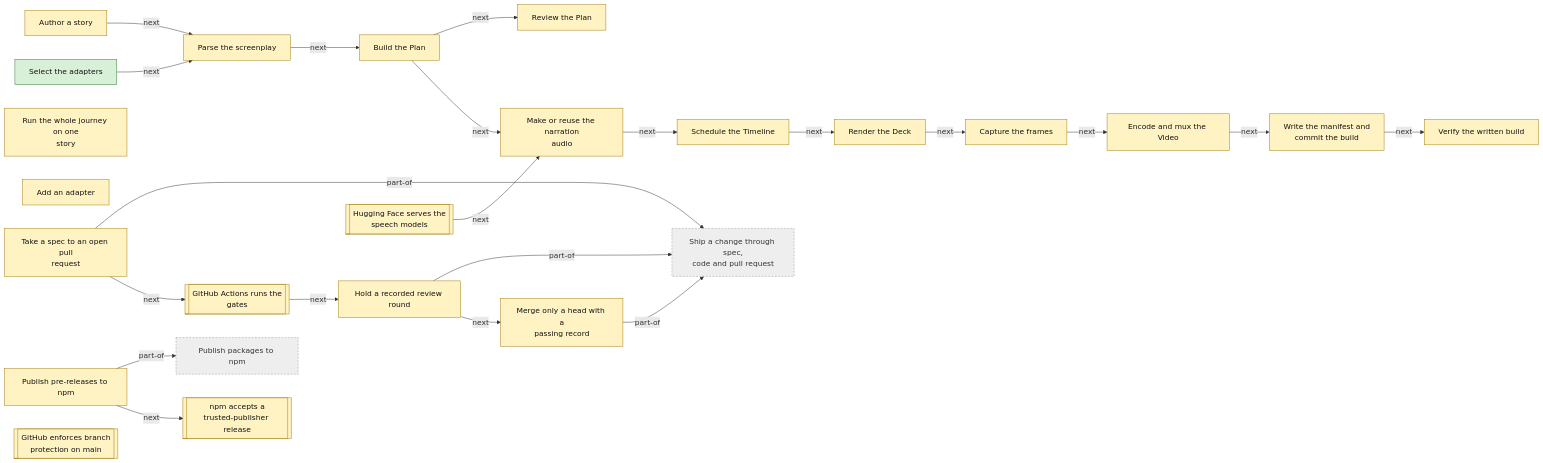
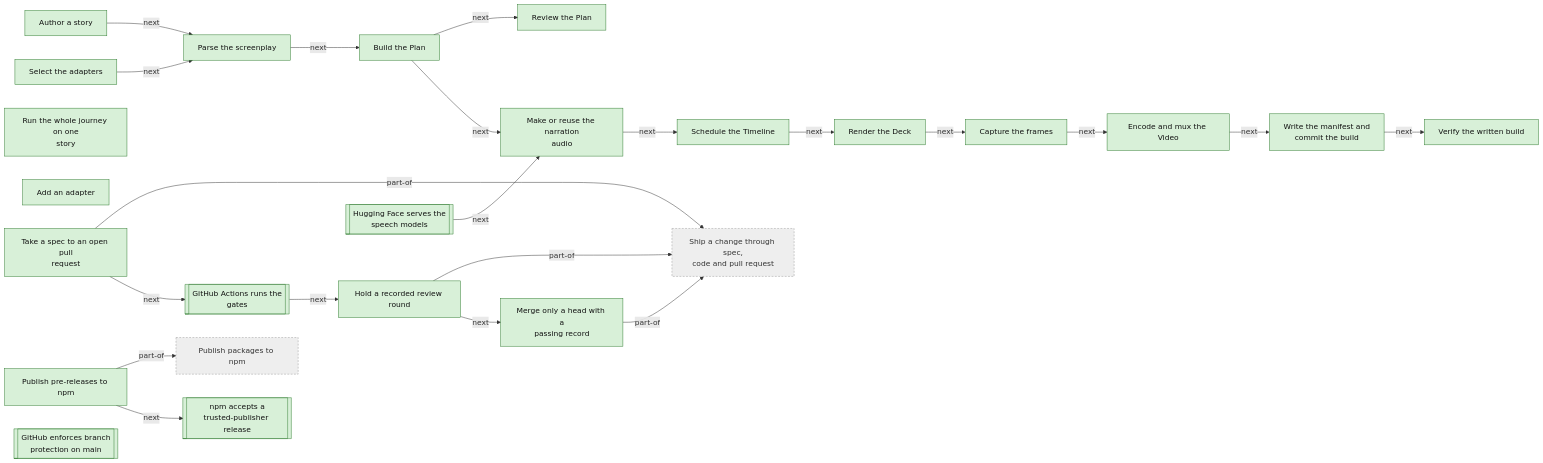
One commit to reebeat/.github changed the second of 4 diagrams in docs/business-processes.md. Above: the diagram before and after it, drawn with Mermaid. The commit also changed other lines of this file and 43 other files, not shown here.

First line of the commit message:
feat: ratify the standard and config triage groups and the records-only elements (spec 0006) (#7)

````diff
--- a/docs/business-processes.md
+++ b/docs/business-processes.md
@@ -55,51 +55,51 @@
 ```mermaid
 flowchart LR
     classDef decided fill:#d8f0d8,stroke:#2d7a2d,color:#111
     classDef proposed fill:#fff3c4,stroke:#a07800,color:#111
     classDef open fill:#f8d7d7,stroke:#a02020,color:#111
     classDef outside fill:#eee,stroke:#999,color:#333,stroke-dasharray:4 3
-    process_tsukuri_author_story["Author a story"]:::proposed
+    process_tsukuri_author_story["Author a story"]:::decided
     process_tsukuri_select_adapters["Select the adapters"]:::decided
-    process_tsukuri_parse_story["Parse the screenplay"]:::proposed
-    process_tsukuri_build_plan["Build the Plan"]:::proposed
-    process_tsukuri_review_plan["Review the Plan"]:::proposed
-    process_tsukuri_speech_stage["Make or reuse the narration<br/>audio"]:::proposed
-    process_tsukuri_schedule["Schedule the Timeline"]:::proposed
-    process_tsukuri_render_deck["Render the Deck"]:::proposed
-    process_tsukuri_capture_frames["Capture the frames"]:::proposed
-    process_tsukuri_encode_video["Encode and mux the Video"]:::proposed
-    process_tsukuri_write_manifest["Write the manifest and<br/>commit the build"]:::proposed
-    process_tsukuri_verify_build["Verify the written build"]:::proposed
-    process_tsukuri_run_journey["Run the whole journey on one<br/>story"]:::proposed
-    process_tsukuri_add_adapter["Add an adapter"]:::proposed
-    process_tsukuri_spec_lifecycle["Take a spec to an open pull<br/>request"]:::proposed
-    process_tsukuri_review_round["Hold a recorded review round"]:::proposed
-    process_tsukuri_guarded_merge["Merge only a head with a<br/>passing record"]:::proposed
-    process_tsukuri_release_publish["Publish pre-releases to npm"]:::proposed
-    extproc_tsukuri_github_ci[["GitHub Actions runs the<br/>gates"]]:::proposed
-    extproc_tsukuri_npm_trusted_publishing[["npm accepts a<br/>trusted-publisher release"]]:::proposed
-    extproc_tsukuri_model_download[["Hugging Face serves the<br/>speech models"]]:::proposed
-    extproc_tsukuri_branch_protection[["GitHub enforces branch<br/>protection on main"]]:::proposed
+    process_tsukuri_parse_story["Parse the screenplay"]:::decided
+    process_tsukuri_build_plan["Build the Plan"]:::decided
+    process_tsukuri_review_plan["Review the Plan"]:::decided
+    process_tsukuri_speech_stage["Make or reuse the narration<br/>audio"]:::decided
+    process_tsukuri_schedule["Schedule the Timeline"]:::decided
+    process_tsukuri_render_deck["Render the Deck"]:::decided
+    process_tsukuri_capture_frames["Capture the frames"]:::decided
+    process_tsukuri_encode_video["Encode and mux the Video"]:::decided
+    process_tsukuri_write_manifest["Write the manifest and<br/>commit the build"]:::decided
+    process_tsukuri_verify_build["Verify the written build"]:::decided
+    process_tsukuri_run_journey["Run the whole journey on one<br/>story"]:::decided
+    process_tsukuri_add_adapter["Add an adapter"]:::decided
+    process_tsukuri_spec_lifecycle["Take a spec to an open pull<br/>request"]:::decided
+    process_tsukuri_review_round["Hold a recorded review round"]:::decided
+    process_tsukuri_guarded_merge["Merge only a head with a<br/>passing record"]:::decided
+    process_tsukuri_release_publish["Publish pre-releases to npm"]:::decided
+    extproc_tsukuri_github_ci[["GitHub Actions runs the<br/>gates"]]:::decided
+    extproc_tsukuri_npm_trusted_publishing[["npm accepts a<br/>trusted-publisher release"]]:::decided
+    extproc_tsukuri_model_download[["Hugging Face serves the<br/>speech models"]]:::decided
+    extproc_tsukuri_branch_protection[["GitHub enforces branch<br/>protection on main"]]:::decided
     process_org_ship_change["Ship a change through spec,<br/>code and pull request"]:::outside
     process_org_publish_packages["Publish packages to npm"]:::outside
     process_tsukuri_author_story -->|next| process_tsukuri_parse_story
     process_tsukuri_select_adapters -->|next| process_tsukuri_parse_story
     process_tsukuri_parse_story -->|next| process_tsukuri_build_plan
     process_tsukuri_build_plan -->|next| process_tsukuri_review_plan
     process_tsukuri_build_plan -->|next| process_tsukuri_speech_stage
     process_tsukuri_speech_stage -->|next| process_tsukuri_schedule
     process_tsukuri_schedule -->|next| process_tsukuri_render_deck
     process_tsukuri_render_deck -->|next| process_tsukuri_capture_frames
     process_tsukuri_capture_frames -->|next| process_tsukuri_encode_video
     process_tsukuri_encode_video -->|next| process_tsukuri_write_manifest
     process_tsukuri_write_manifest -->|next| process_tsukuri_verify_build
     process_tsukuri_spec_lifecycle -->|part-of| process_org_ship_change
     process_tsukuri_spec_lifecycle -->|next| extproc_tsukuri_github_ci
     process_tsukuri_review_round -->|part-of| process_org_ship_change
     process_tsukuri_review_round -->|next| process_tsukuri_guarded_merge
     process_tsukuri_guarded_merge -->|part-of| process_org_ship_change
     process_tsukuri_release_publish -->|part-of| process_org_publish_packages
     process_tsukuri_release_publish -->|next| extproc_tsukuri_npm_trusted_publishing
     extproc_tsukuri_github_ci -->|next| process_tsukuri_review_round
     extproc_tsukuri_model_download -->|next| process_tsukuri_speech_stage
 ```
````
